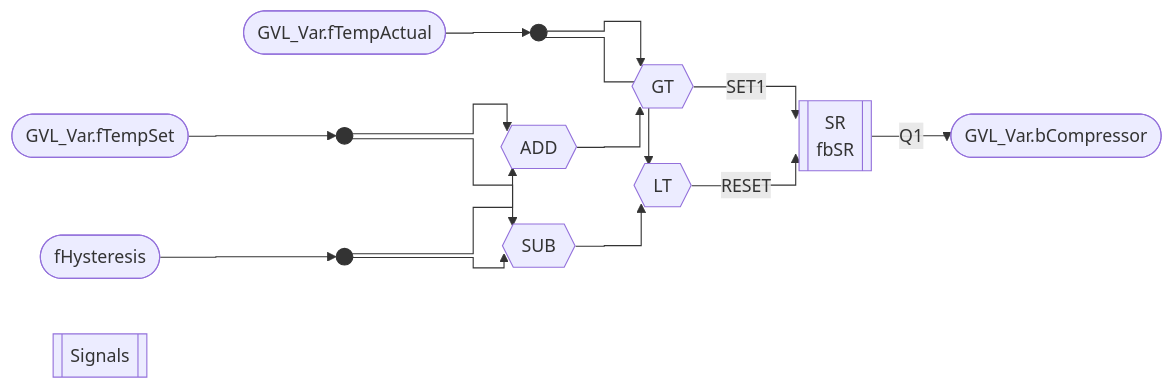
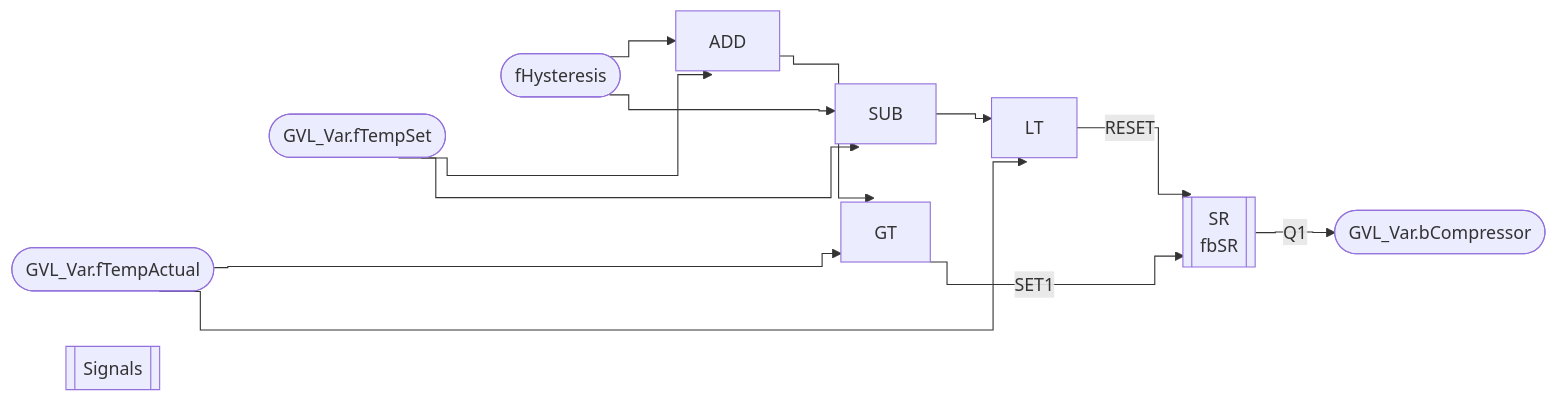
One commit to crissoll/pou2md changed the second of 2 diagrams in tests/output/MAIN.md. Above: the diagram before and after it, drawn with Mermaid. The commit also changed 6 other files, not shown here.

````diff
--- a/tests/output/MAIN.md
+++ b/tests/output/MAIN.md
@@ -20,47 +20,42 @@
 ```mermaid
-%%{ init: { 'flowchart': { 'curve': 'stepAfter' } } }%%
+%%{ init: { 'flowchart': { 'curve': 'step' } } }%%
 flowchart LR
     %% --- Input Variables ---
+    fTempActual(["GVL_Var.fTempActual"])
     fTempSet(["GVL_Var.fTempSet"])
     fHysteresis(["fHysteresis"])
-    fTempActual(["GVL_Var.fTempActual"])
-
-    %% --- Bifurcation Junctions ---
-    J_fTempSet(( )):::junction
-    J_fHysteresis(( )):::junction
-    J_fTempActual(( )):::junction
 
     %% --- Operators ---
-    ADD1{{"ADD"}}
-    LT1{{"LT"}}
-    SUB1{{"SUB"}}
-    GT1{{"GT"}}
+    ADD1["ADD"]
+    LT1["LT"]
+    SUB1["SUB"]
+    GT1["GT"]
 
     %% --- Function Blocks ---
     SR1[["SR
     fbSR"]]
 
     %% --- Program Calls ---
     Signals[[" Signals"]]
 
     %% --- Output Variables ---
     bCompressor(["GVL_Var.bCompressor"])
 
+    %% --- Vertical Rank Alignment ---
+    fTempActual ~~~ fTempSet ~~~ fHysteresis
+    ADD1 ~~~ SUB1
+    GT1 ~~~ LT1
+
     %% --- Wiring ---
-    fTempSet --> J_fTempSet
-    J_fTempSet --> ADD1
-    J_fTempSet --> SUB1
-    fHysteresis --> J_fHysteresis
-    J_fHysteresis --> ADD1
-    J_fHysteresis --> SUB1
+    fTempSet --> ADD1
+    fTempSet --> SUB1
+    fHysteresis --> ADD1
+    fHysteresis --> SUB1
     ADD1 --> GT1
-    fTempActual --> J_fTempActual
-    J_fTempActual --> GT1
-    J_fTempActual --> LT1
+    fTempActual --> GT1
+    fTempActual --> LT1
     GT1 -- "SET1" --> SR1
     SUB1 --> LT1
     LT1 -- "RESET" --> SR1
     SR1 -- "Q1" --> bCompressor
-
-    classDef junction fill:#333,stroke:#333,width:6px,height:6px
 ```
````
